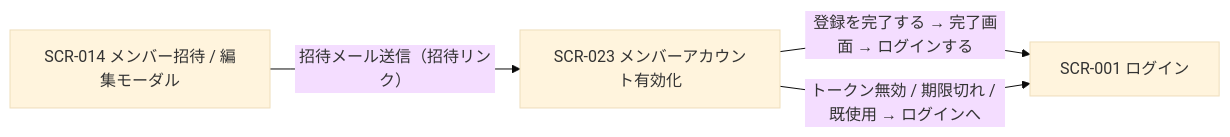
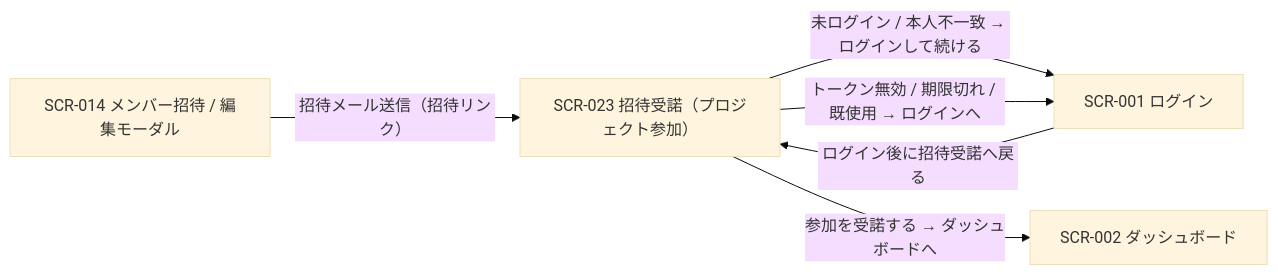
The diagram in 02_basic_design/01_frontend/01_screens/SCR-023.md (sikakou54/open-faq), drawn with Mermaid (base theme) before and after one commit. The commit also changed other lines of this file and 294 other files, not shown here.

````diff
--- a/02_basic_design/01_frontend/01_screens/SCR-023.md
+++ b/02_basic_design/01_frontend/01_screens/SCR-023.md
@@ -20,9 +20,12 @@
 ```mermaid
 flowchart LR
   S0["SCR-014 メンバー招待 / 編集モーダル"]
-  S1["SCR-023 メンバーアカウント有効化"]
+  S1["SCR-023 招待受諾（プロジェクト参加）"]
   S2["SCR-001 ログイン"]
+  S3["SCR-002 ダッシュボード"]
   S0 -->|招待メール送信（招待リンク）| S1
-  S1 -->|登録を完了する → 完了画面 → ログインする| S2
+  S1 -->|未ログイン / 本人不一致 → ログインして続ける| S2
+  S2 -->|ログイン後に招待受諾へ戻る| S1
+  S1 -->|参加を受諾する → ダッシュボードへ| S3
   S1 -->|トークン無効 / 期限切れ / 既使用 → ログインへ| S2
 ```
````
